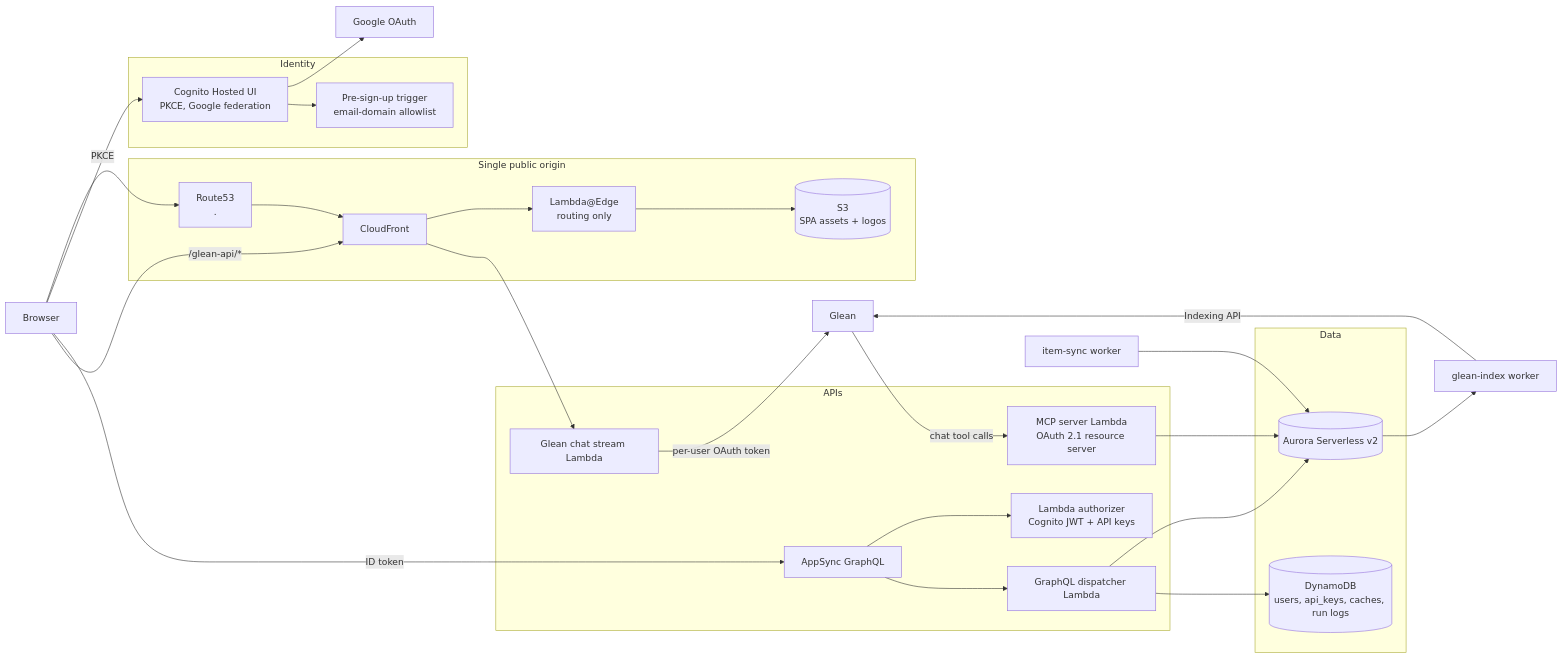
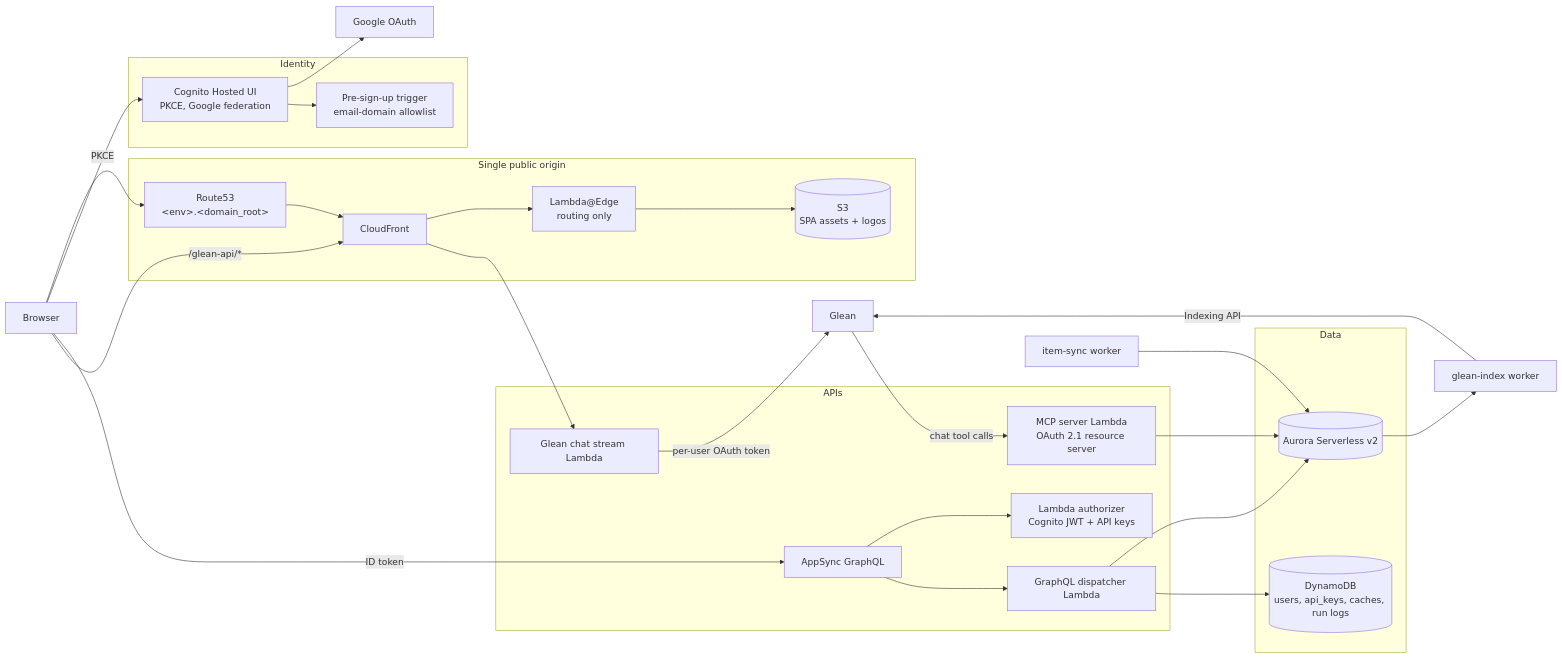
The diagram in README.md (James-Crawford-Glean/External-Hub-Accelerator), drawn with Mermaid before and after one commit. The commit also changed other lines of this file and 3 other files, not shown here.

First line of the commit message:
docs: fix Mermaid rendering, add white paper and extraction plan (#2)

````diff
--- a/README.md
+++ b/README.md
@@ -90,43 +90,43 @@
 ```mermaid
 flowchart LR
   user["Browser"]
   glean["Glean"]
   google["Google OAuth"]
 
   subgraph edge["Single public origin"]
-    dns["Route53<br/><env>.<domain_root>"]
+    dns["Route53<br/>&lt;env&gt;.&lt;domain_root&gt;"]
     cf["CloudFront"]
     edgefn["Lambda@Edge<br/>routing only"]
     spa[("S3<br/>SPA assets + logos")]
   end
 
   subgraph auth["Identity"]
     cognito["Cognito Hosted UI<br/>PKCE, Google federation"]
     presignup["Pre-sign-up trigger<br/>email-domain allowlist"]
   end
 
   subgraph api["APIs"]
     appsync["AppSync GraphQL"]
     authorizer["Lambda authorizer<br/>Cognito JWT + API keys"]
     gql["GraphQL dispatcher Lambda"]
     mcp["MCP server Lambda<br/>OAuth 2.1 resource server"]
     stream["Glean chat stream Lambda"]
   end
 
   subgraph data["Data"]
     aurora[("Aurora Serverless v2")]
     ddb[("DynamoDB<br/>users, api_keys, caches, run logs")]
   end
 
   user --> dns --> cf --> edgefn --> spa
   user -->|PKCE| cognito --> google
   cognito --> presignup
   user -->|ID token| appsync --> authorizer
   appsync --> gql --> aurora
   gql --> ddb
   user -->|/glean-api/*| cf --> stream -->|per-user OAuth token| glean
   glean -->|chat tool calls| mcp --> aurora
   indexer["glean-index worker"] -->|Indexing API| glean
   sync["item-sync worker"] --> aurora
   aurora --> indexer
 ```
````
